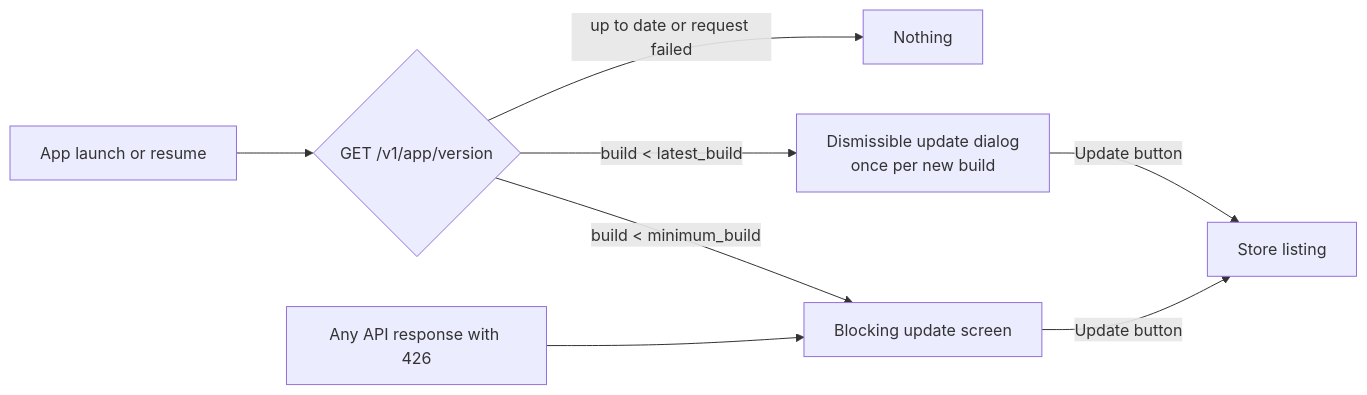
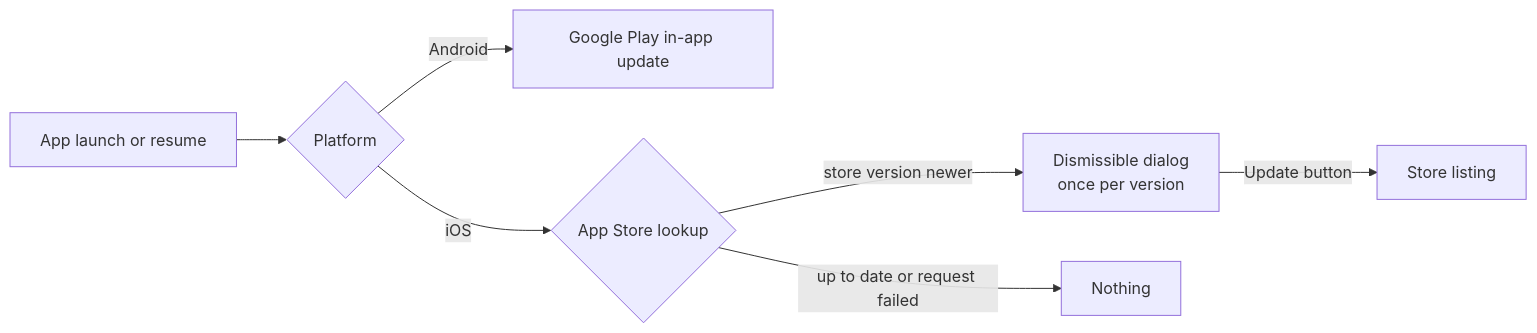
One commit to isyll/bedrock changed the diagram in docs/CUSTOMIZATION.md. Above: the diagram before and after it, drawn with Mermaid. The commit also changed other lines of this file and 31 other files, not shown here.

````diff
--- a/docs/CUSTOMIZATION.md
+++ b/docs/CUSTOMIZATION.md
@@ -111,10 +106,9 @@
 ```mermaid
 flowchart LR
-    A[App launch or resume] --> B{"GET /v1/app/version"}
-    B -->|build < minimum_build| C[Blocking update screen]
-    B -->|build < latest_build| D[Dismissible update dialog<br/>once per new build]
-    B -->|up to date or request failed| E[Nothing]
-    F[Any API response with 426] --> C
-    C -->|Update button| G[Store listing]
-    D -->|Update button| G
+    A[App launch or resume] --> B{Platform}
+    B -->|Android| C[Google Play in-app update]
+    B -->|iOS| D{App Store lookup}
+    D -->|store version newer| E[Dismissible dialog<br/>once per version]
+    D -->|up to date or request failed| F[Nothing]
+    E -->|Update button| G[Store listing]
 ```
````
